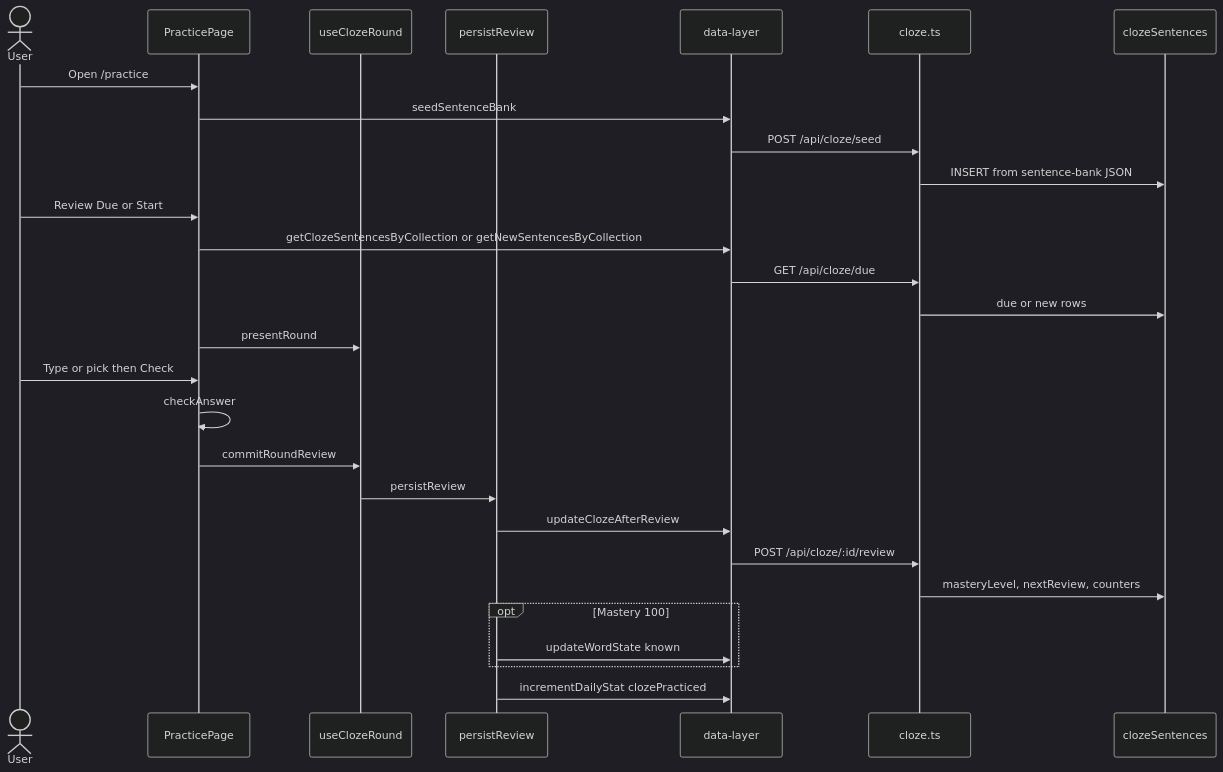
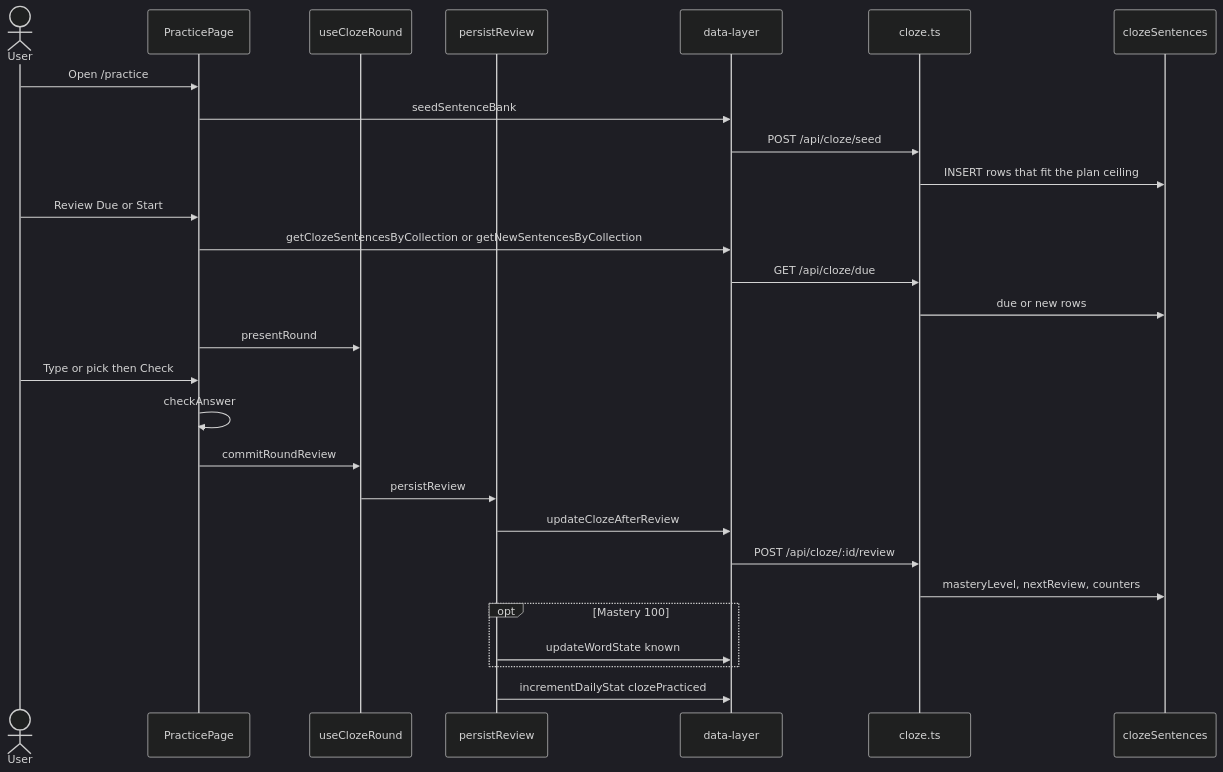
One commit to heuwels/lector changed the diagram in docs/flows/practice.md. Above: the diagram before and after it, drawn with Mermaid (dark theme). The commit also changed other lines of this file and 5 other files, not shown here.

First line of the commit message:
fix: seed the practice rows that fit a Free plan

````diff
--- a/docs/flows/practice.md
+++ b/docs/flows/practice.md
@@ -25,31 +25,31 @@
 ```mermaid
 sequenceDiagram
   actor User
   participant Page as PracticePage
   participant Round as useClozeRound
   participant Persist as persistReview
   participant DL as data-layer
   participant API as cloze.ts
   participant DB as clozeSentences
 
   User->>Page: Open /practice
   Page->>DL: seedSentenceBank
   DL->>API: POST /api/cloze/seed
-  API->>DB: INSERT from sentence-bank JSON
+  API->>DB: INSERT rows that fit the plan ceiling
   User->>Page: Review Due or Start
   Page->>DL: getClozeSentencesByCollection or getNewSentencesByCollection
   DL->>API: GET /api/cloze/due
   API->>DB: due or new rows
   Page->>Round: presentRound
   User->>Page: Type or pick then Check
   Page->>Page: checkAnswer
   Page->>Round: commitRoundReview
   Round->>Persist: persistReview
   Persist->>DL: updateClozeAfterReview
   DL->>API: POST /api/cloze/:id/review
   API->>DB: masteryLevel, nextReview, counters
   opt Mastery 100
     Persist->>DL: updateWordState known
   end
   Persist->>DL: incrementDailyStat clozePracticed
 ```
````
